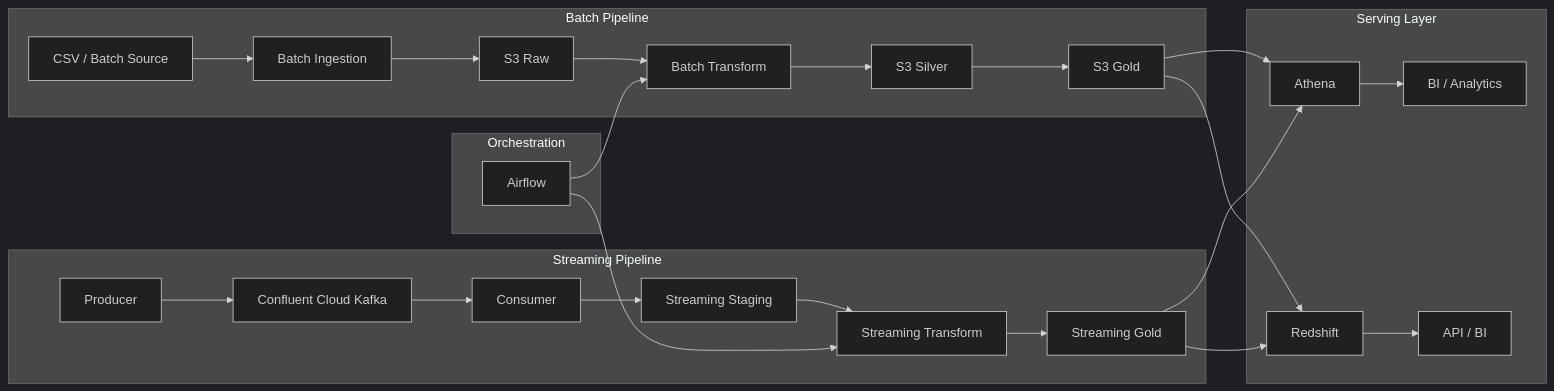
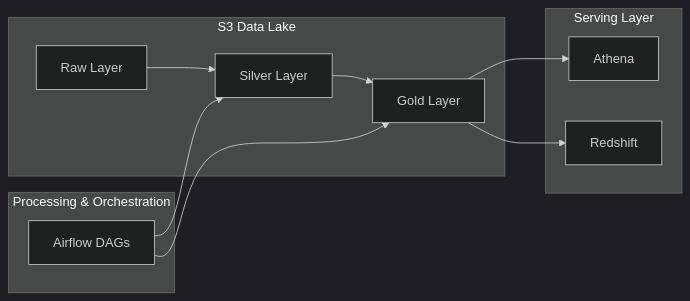
Before and after one commit to Chu-Thana/vendor-payments-cloud-data-platform: the diagram in README.md, drawn with Mermaid (dark theme). The commit also changed other lines of this file, not shown here.

Commit message:
feat: redesign cloud README with metrics and performance insights

````diff
--- a/README.md
+++ b/README.md
@@ -34,34 +27,24 @@
 ```mermaid
 flowchart LR
 
-subgraph Batch_Pipeline["Batch Pipeline"]
-    BatchSource["CSV / Batch Source"] --> BatchIngestion["Batch Ingestion"]
-    BatchIngestion --> S3Raw["S3 Raw"]
-    S3Raw --> BatchTransform["Batch Transform"]
-    BatchTransform --> S3Silver["S3 Silver"]
-    S3Silver --> BatchGold["S3 Gold"]
+subgraph Data_Lake["S3 Data Lake"]
+    Raw["Raw Layer"]
+    Silver["Silver Layer"]
+    Gold["Gold Layer"]
+    Raw --> Silver --> Gold
 end
 
-subgraph Streaming_Pipeline["Streaming Pipeline"]
-    Producer["Producer"] --> Kafka["Confluent Cloud Kafka"]
-    Kafka --> Consumer["Consumer"]
-    Consumer --> StreamStaging["Streaming Staging"]
-    StreamStaging --> StreamTransform["Streaming Transform"]
-    StreamTransform --> StreamGold["Streaming Gold"]
+subgraph Processing["Processing & Orchestration"]
+    Airflow["Airflow DAGs"]
 end
 
-subgraph Orchestration["Orchestration"]
-    Airflow["Airflow"]
-    Airflow --> BatchTransform
-    Airflow --> StreamTransform
+subgraph Serving["Serving Layer"]
+    Athena["Athena"]
+    Redshift["Redshift"]
 end
 
-subgraph Serving_Layer["Serving Layer"]
-    BatchGold --> Athena["Athena"]
-    StreamGold --> Athena
-    BatchGold --> Redshift["Redshift"]
-    StreamGold --> Redshift
-    Athena --> BI["BI / Analytics"]
-    Redshift --> API["API / BI"]
-end
+Gold --> Athena
+Gold --> Redshift
+Airflow --> Silver
+Airflow --> Gold
 ```
````
